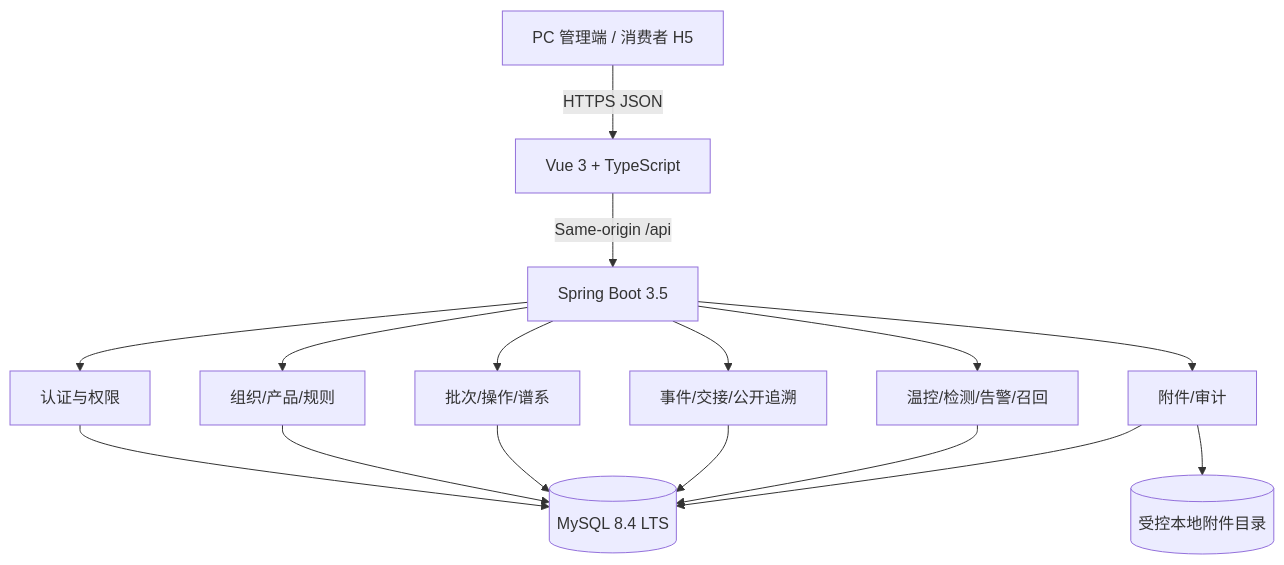
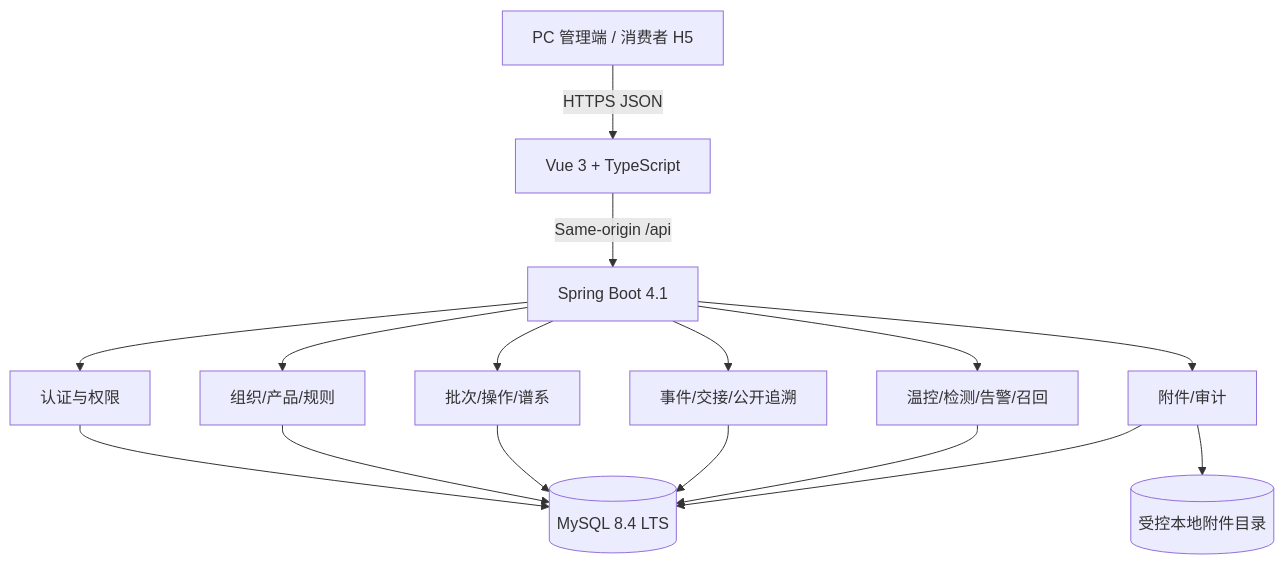
The diagram in docs/phase1/TECHNICAL_ARCHITECTURE.md (zamatewi-cell/frozen-seafood-traceability), drawn with Mermaid before and after one commit. The commit also changed other lines of this file and 6 other files, not shown here.

Commit message:
docs: adopt Java 25 and Spring Boot 4

````diff
--- a/docs/phase1/TECHNICAL_ARCHITECTURE.md
+++ b/docs/phase1/TECHNICAL_ARCHITECTURE.md
@@ -7,18 +7,18 @@
 ```mermaid
 flowchart TB
   Browser[PC 管理端 / 消费者 H5] -->|HTTPS JSON| Web[Vue 3 + TypeScript]
-  Web -->|Same-origin /api| App[Spring Boot 3.5]
+  Web -->|Same-origin /api| App[Spring Boot 4.1]
   App --> Auth[认证与权限]
   App --> Master[组织/产品/规则]
   App --> Batch[批次/操作/谱系]
   App --> Trace[事件/交接/公开追溯]
   App --> Quality[温控/检测/告警/召回]
   App --> Audit[附件/审计]
   Auth --> DB[(MySQL 8.4 LTS)]
   Master --> DB
   Batch --> DB
   Trace --> DB
   Quality --> DB
   Audit --> DB
   Audit --> Files[(受控本地附件目录)]
 ```
````
